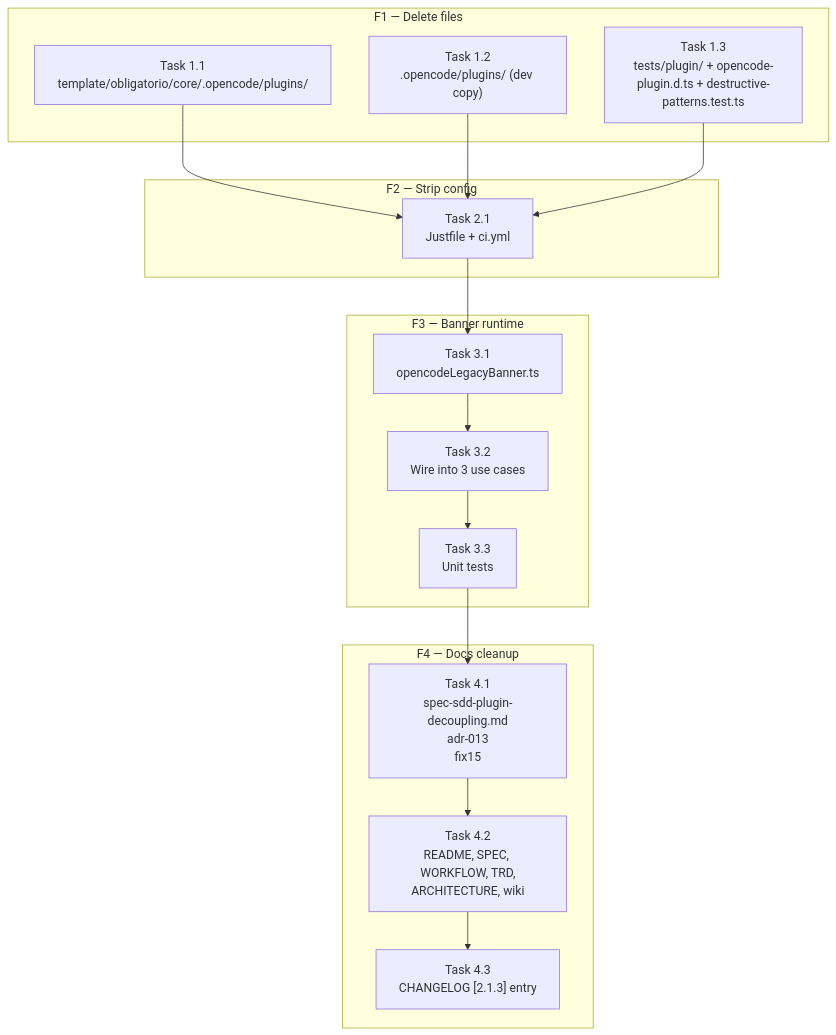
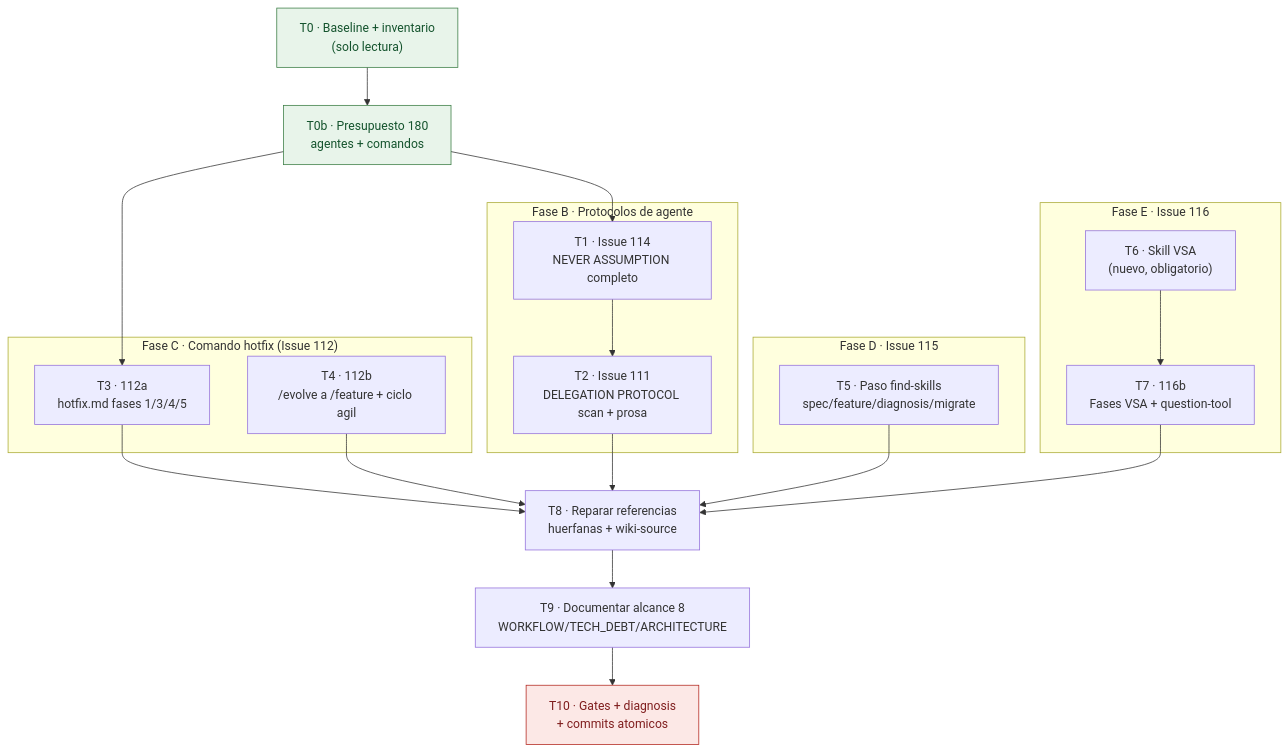
The diagram in tasks/plan.md (Fisherk2/codice-opencode), drawn with Mermaid before and after one commit. The commit also changed other lines of this file and 587 other files, not shown here.

````diff
--- a/tasks/plan.md
+++ b/tasks/plan.md
@@ -178,34 +85,49 @@
 ```mermaid
-graph TB
-    subgraph "F1 — Delete files"
-        T1["Task 1.1<br/>template/obligatorio/core/.opencode/plugins/"]
-        T2["Task 1.2<br/>.opencode/plugins/ (dev copy)"]
-        T3["Task 1.3<br/>tests/plugin/ + opencode-plugin.d.ts + destructive-patterns.test.ts"]
+flowchart TD
+    accTitle: Grafo de dependencias de FEV-31
+    accDescr: Once tareas encadenadas en ocho fases. T0b alinea el presupuesto de 180 lineas antes de que T1 a T7 crezcan los prompts. T1 precede a T2 porque comparten los seis archivos de agente; T6 precede a T7 porque los comandos referencian el skill VSA; T8, T9 y T10 cierran en cadena porque cada una observa el arbol ya reparado.
+
+    T0["T0 · Baseline + inventario<br/>(solo lectura)"]
+    T0b["T0b · Presupuesto 180<br/>agentes + comandos"]
+
+    subgraph FB["Fase B · Protocolos de agente"]
+        T1["T1 · Issue 114<br/>NEVER ASSUMPTION completo"]
+        T2["T2 · Issue 111<br/>DELEGATION PROTOCOL scan + prosa"]
     end
 
-    subgraph "F2 — Strip config"
-        R1["Task 2.1<br/>Justfile + ci.yml"]
+    subgraph FC["Fase C · Comando hotfix (Issue 112)"]
+        T3["T3 · 112a<br/>hotfix.md fases 1/3/4/5"]
+        T4["T4 · 112b<br/>/evolve a /feature + ciclo agil"]
     end
 
-    subgraph "F3 — Banner runtime"
-        B1["Task 3.1<br/>opencodeLegacyBanner.ts"]
-        B2["Task 3.2<br/>Wire into 3 use cases"]
-        B3["Task 3.3<br/>Unit tests"]
+    subgraph FD["Fase D · Issue 115"]
+        T5["T5 · Paso find-skills<br/>spec/feature/diagnosis/migrate"]
     end
 
-    subgraph "F4 — Docs cleanup"
-        D1["Task 4.1<br/>spec-sdd-plugin-decoupling.md<br/>adr-013<br/>fix15"]
-        D2["Task 4.2<br/>README, SPEC, WORKFLOW, TRD,<br/>ARCHITECTURE, wiki"]
-        D3["Task 4.3<br/>CHANGELOG [2.1.3] entry"]
+    subgraph FE["Fase E · Issue 116"]
+        T6["T6 · Skill VSA<br/>(nuevo, obligatorio)"]
+        T7["T7 · 116b<br/>Fases VSA + question-tool"]
     end
 
-    T1 --> R1
-    T2 --> R1
-    T3 --> R1
-    R1 --> B1
-    B1 --> B2
-    B2 --> B3
-    B3 --> D1
-    D1 --> D2
-    D2 --> D3
+    T8["T8 · Reparar referencias<br/>huerfanas + wiki-source"]
+    T9["T9 · Documentar alcance 8<br/>WORKFLOW/TECH_DEBT/ARCHITECTURE"]
+    T10["T10 · Gates + diagnosis<br/>+ commits atomicos"]
+
+    T0 --> T0b
+    T0b --> T1
+    T0b --> T3
+    T1 --> T2
+    T3 --> T8
+    T4 --> T8
+    T2 --> T8
+    T5 --> T8
+    T6 --> T7
+    T7 --> T8
+    T8 --> T9
+    T9 --> T10
+
+    classDef gate fill:#e8f4ea,stroke:#3a7d44,color:#14532d
+    classDef cierre fill:#fce8e6,stroke:#b3261e,color:#7f1d1d
+    class T0,T0b gate
+    class T10 cierre
 ```
````
